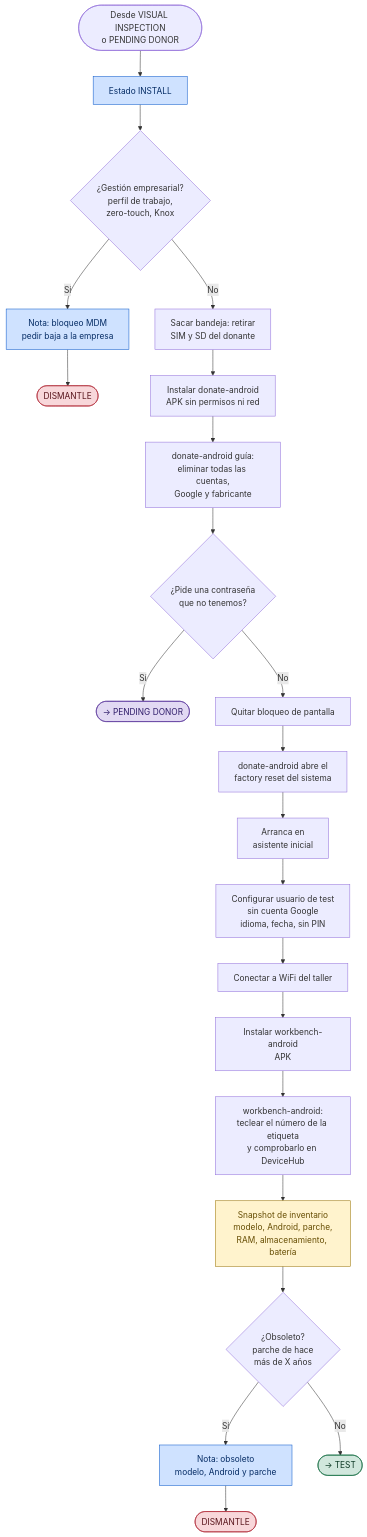
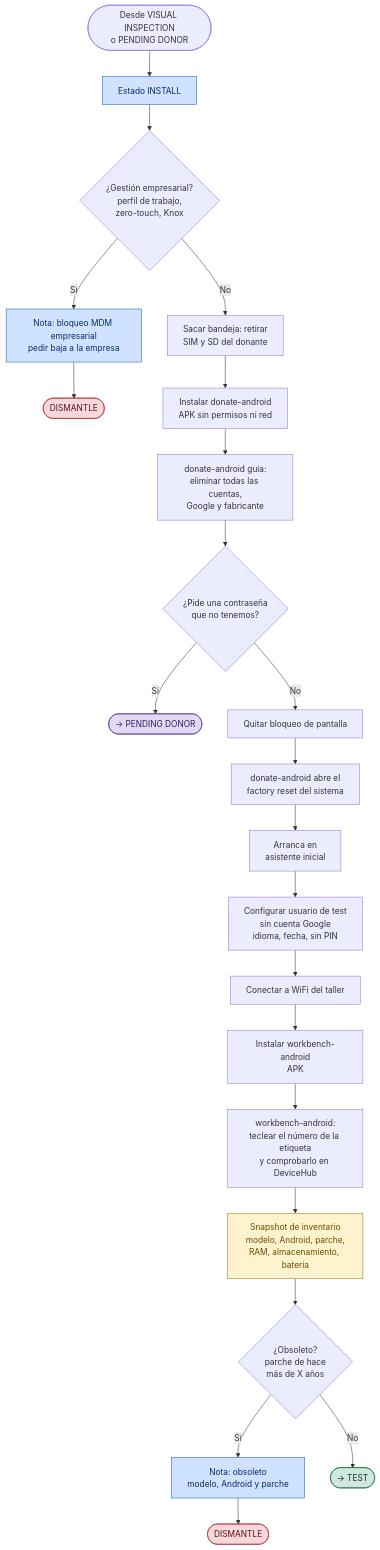
Before and after one commit to aucoop/vincle-digital-docs: the fifth of 8 diagrams in docs/diagramas-detallados.md, drawn with Mermaid.

Commit message:
Update diagramas-detallados.md INSTALL: MDM / zero-touch / Knox no va directamente a DISMANTLE
INSTALL: MDM / zero-touch / Knox no va directamente a DISMANTLE

````diff
--- a/docs/diagramas-detallados.md
+++ b/docs/diagramas-detallados.md
@@ -217,34 +217,34 @@
 ```mermaid
 flowchart TD
     IN(["Desde VISUAL INSPECTION<br/>o PENDING DONOR"]) --> ST_IN["Estado INSTALL"]:::dh
 
     ST_IN --> EMM{"¿Gestión empresarial?<br/>perfil de trabajo,<br/>zero-touch, Knox"}
-    EMM -->|"Sí"| N_EMM["Nota: bloqueo MDM<br/>pedir baja a la empresa"]:::dh
-    N_EMM --> DIS1(["DISMANTLE"]):::reject
+    EMM -->|"Sí"| N_EMM["Nota: bloqueo MDM empresarial<br/>pedir baja a la empresa"]:::dh
+    N_EMM --> PEND_MDM(["DISMANTLE"]):::reject
 
     EMM -->|"No"| BANDEJA["Sacar bandeja: retirar<br/>SIM y SD del donante"]
     BANDEJA --> DONATE["Instalar donate-android<br/>APK sin permisos ni red"]
     DONATE --> CUENTAS["donate-android guía:<br/>eliminar todas las cuentas,<br/>Google y fabricante"]
     CUENTAS --> PASS{"¿Pide una contraseña<br/>que no tenemos?"}
     PASS -->|"Sí"| PEND(["→ PENDING DONOR"]):::newstate
     PASS -->|"No"| LOCK["Quitar bloqueo de pantalla"]
     LOCK --> RESET["donate-android abre el<br/>factory reset del sistema"]
 
     RESET --> ASIST["Arranca en<br/>asistente inicial"]
     ASIST --> USR["Configurar usuario de test<br/>sin cuenta Google<br/>idioma, fecha, sin PIN"]
     USR --> WIFI_CFG["Conectar a WiFi del taller"]
     WIFI_CFG --> INSTWB["Instalar workbench-android<br/>APK"]
     INSTWB --> WBID["workbench-android:<br/>teclear el número de la etiqueta<br/>y comprobarlo en DeviceHub"]
     WBID --> INV["Snapshot de inventario<br/>modelo, Android, parche,<br/>RAM, almacenamiento, batería"]:::checkpoint
 
     INV --> OBS{"¿Obsoleto?<br/>parche de hace<br/>más de X años"}
     OBS -->|"Sí"| N_OBS["Nota: obsoleto<br/>modelo, Android y parche"]:::dh
     N_OBS --> DIS0(["DISMANTLE"]):::reject
     OBS -->|"No"| OK(["→ TEST"]):::ok
 
     classDef reject fill:#f8d7da,stroke:#b02a37,color:#58151c
     classDef ok fill:#d1e7dd,stroke:#146c43,color:#0a3622
     classDef checkpoint fill:#fff3cd,stroke:#997404,color:#664d03
     classDef dh fill:#cfe2ff,stroke:#0a58ca,color:#052c65
     classDef newstate fill:#e2d9f3,stroke:#59359a,color:#2f1c6a
 ```
````
